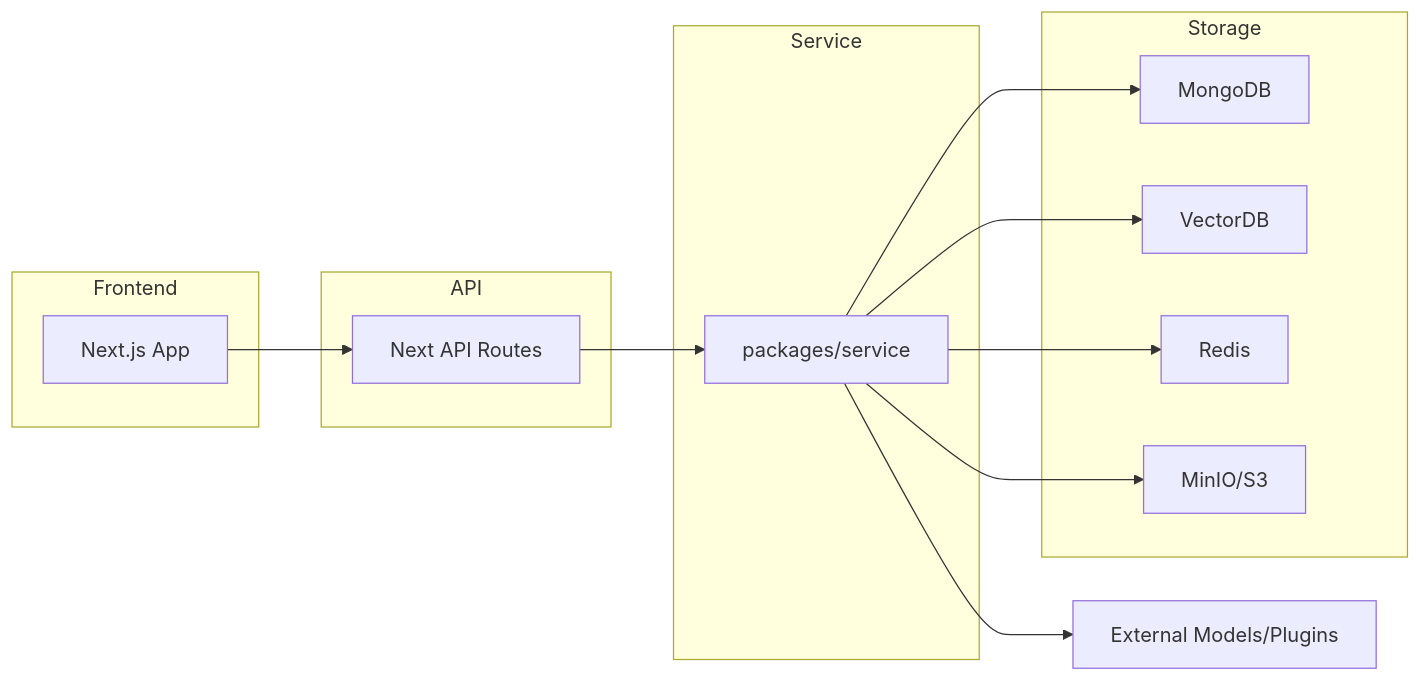
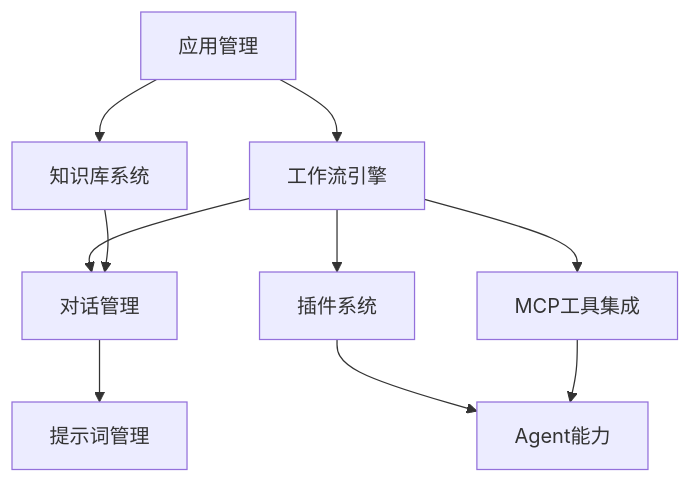
One commit to evilstar2016/awesome-dify-analysis changed the third of 4 diagrams in fastgpt-anylisis/fastgpt-learning-map.md. Above: the diagram before and after it, drawn with Mermaid. The commit also changed other lines of this file and 2 other files, not shown here.

````diff
--- a/fastgpt-anylisis/fastgpt-learning-map.md
+++ b/fastgpt-anylisis/fastgpt-learning-map.md
@@ -74,24 +129,12 @@
 ```mermaid
-flowchart LR
-  subgraph Frontend
-    A[Next.js App]
-  end
-  subgraph API
-    B[Next API Routes]
-  end
-  subgraph Service
-    C[packages/service]
-  end
-  subgraph Storage
-    D[MongoDB]
-    E[VectorDB]
-    F[Redis]
-    G[MinIO/S3]
-  end
-  A --> B --> C
-  C --> D
-  C --> E
-  C --> F
-  C --> G
-  C --> H[External Models/Plugins]
+graph TD
+    A[应用管理] --> B[工作流引擎]
+    A --> C[知识库系统]
+    B --> D[对话管理]
+    C --> D
+    B --> E[插件系统]
+    B --> F[MCP工具集成]
+    E --> G[Agent能力]
+    F --> G
+    D --> H[提示词管理]
 ```
````
